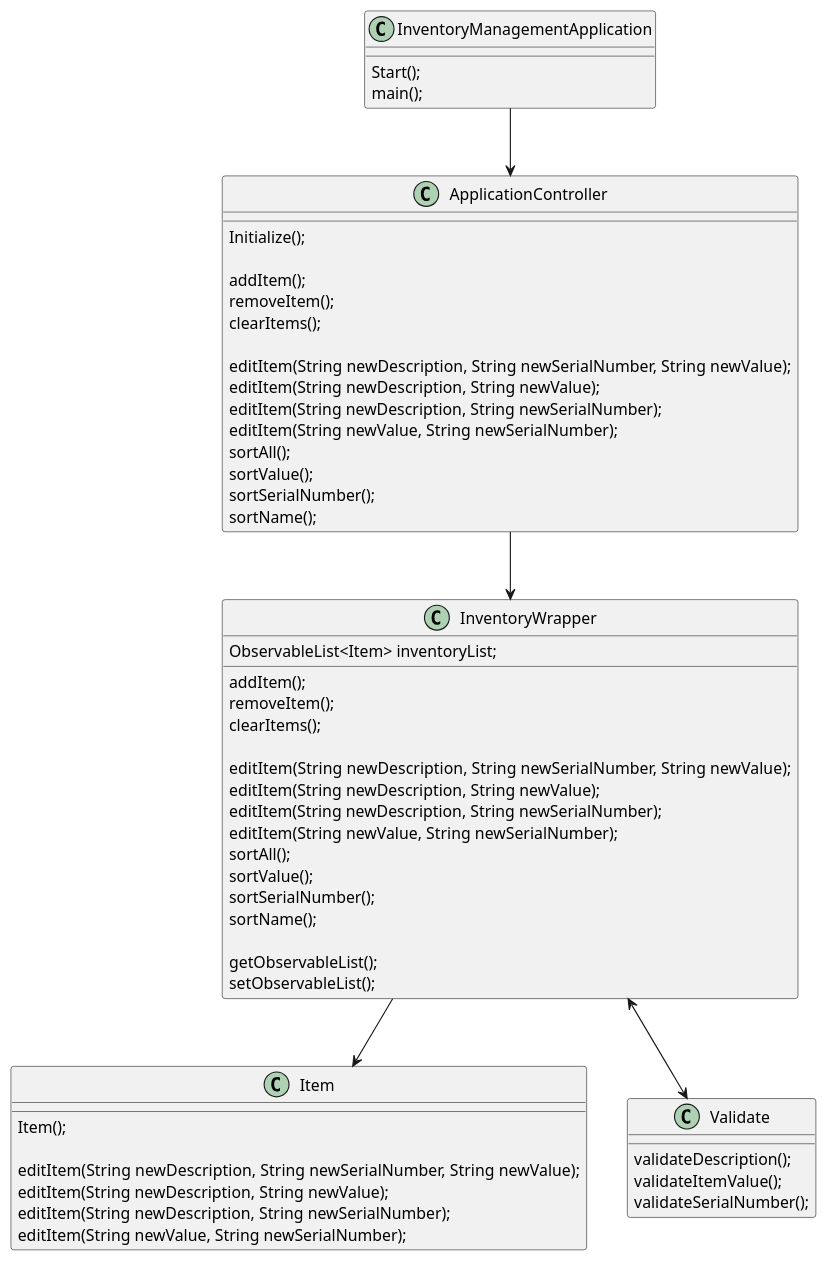
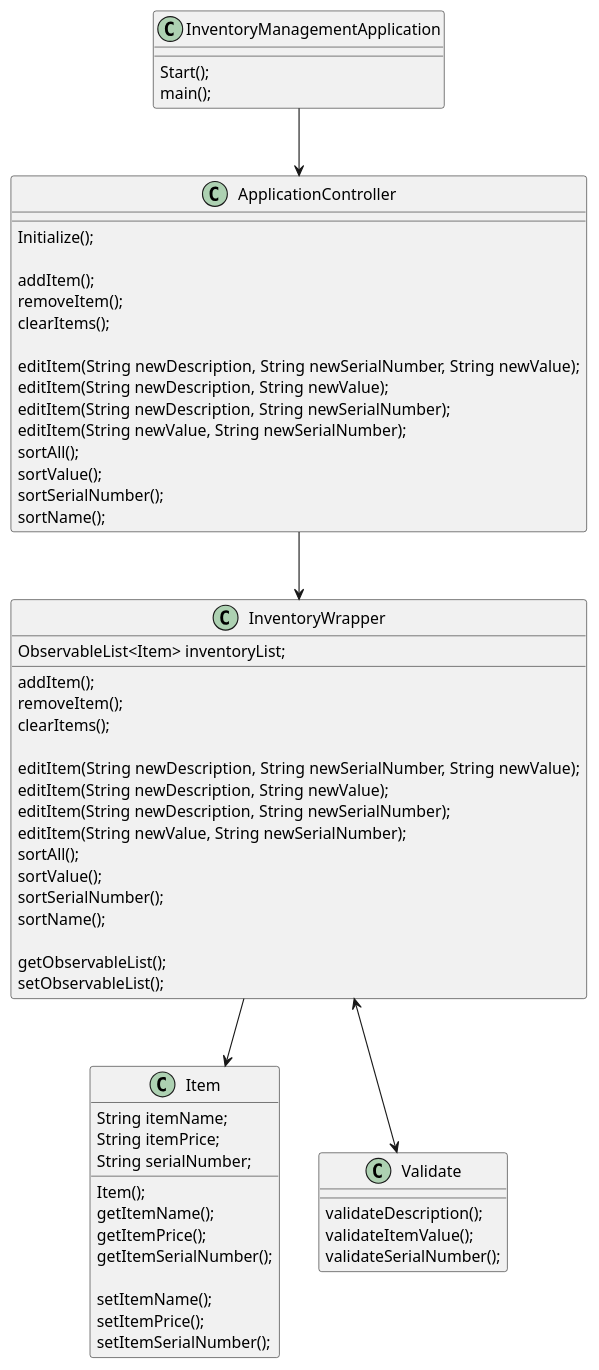
Before and after one commit to VializJ/Vializ-app2: the diagram in InventoryApp/docs/InventoryManagementApplicationStructure.puml, drawn with PlantUML. The commit also changed 4 other files, not shown here.

Commit message:
Added pseudocode for Item class, updated UML Diagram, Updated UI design

```diff
--- a/InventoryApp/docs/InventoryManagementApplicationStructure.puml
+++ b/InventoryApp/docs/InventoryManagementApplicationStructure.puml
@@ -1,71 +1,77 @@
 @startuml
 Class InventoryManagementApplication {
 Start();
 main();
 }
 InventoryManagementApplication --> ApplicationController
 
 Class ApplicationController {
 Initialize();
 
 addItem();
 removeItem();
 clearItems();
 
 editItem(String newDescription, String newSerialNumber, String newValue);
 editItem(String newDescription, String newValue);
 editItem(String newDescription, String newSerialNumber);
 editItem(String newValue, String newSerialNumber);
 
 
 sortAll();
 sortValue();
 sortSerialNumber();
 sortName();
 
 }
 
 Class InventoryWrapper {
 ObservableList<Item> inventoryList;
 
 addItem();
 removeItem();
 clearItems();
 
 editItem(String newDescription, String newSerialNumber, String newValue);
 editItem(String newDescription, String newValue);
 editItem(String newDescription, String newSerialNumber);
 editItem(String newValue, String newSerialNumber);
 
 
 sortAll();
 sortValue();
 sortSerialNumber();
 sortName();
 
 getObservableList();
 setObservableList();
 }
 
 ApplicationController --> InventoryWrapper
 
 Class Item {
 
 Item();
+String itemName;
+String itemPrice;
+String serialNumber;
 
-editItem(String newDescription, String newSerialNumber, String newValue);
-editItem(String newDescription, String newValue);
-editItem(String newDescription, String newSerialNumber);
-editItem(String newValue, String newSerialNumber);
+getItemName();
+getItemPrice();
+getItemSerialNumber();
+
+setItemName();
+setItemPrice();
+setItemSerialNumber();
 }
 
 InventoryWrapper --> Item
 
 Class Validate {
 
 validateDescription();
 validateItemValue();
 validateSerialNumber();
 }
 InventoryWrapper <--> Validate
 @enduml
```
